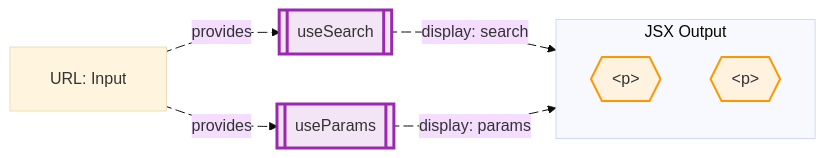
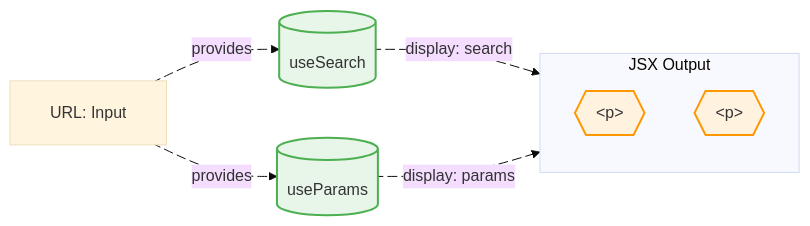
Before and after one commit to shibukawa/web-component-analyzer: the diagram in examples/react-vite/src/components/131-TanStackRouter-SearchParams.mmd, drawn with Mermaid. The commit also changed 51 other files, not shown here.

```diff
--- a/examples/react-vite/src/components/131-TanStackRouter-SearchParams.mmd
+++ b/examples/react-vite/src/components/131-TanStackRouter-SearchParams.mmd
@@ -1,34 +1,34 @@
 %%{init: {'theme': 'base', 'themeVariables': {'fontFamily': 'Comic Sans MS, cursive'}, 'flowchart': {'curve': 'basis', 'padding': 20}}}%%
 flowchart LR
-  library_hook_0[["useSearch"]]
+  library_hook_0[("useSearch")]
   url_input_1["URL: Input"]
-  library_hook_2[["useParams"]]
+  library_hook_2[("useParams")]
   jsx_element_0["p"]
   jsx_element_1["p"]
   subgraph subgraph_0["JSX Output"]
     direction TB
       jsx_element_0@{ shape: hex, label: "&lt;p&gt;" }
       jsx_element_1@{ shape: hex, label: "&lt;p&gt;" }
   end
   url_input_1 eurl_input_1_library_hook_0@-->|"provides"| library_hook_0
   eurl_input_1_library_hook_0@{ animate: true }
   url_input_1 eurl_input_1_library_hook_2@-->|"provides"| library_hook_2
   eurl_input_1_library_hook_2@{ animate: true }
   library_hook_0 elibrary_hook_0_jsx_element_0@-->|"display: search"| jsx_element_0
   elibrary_hook_0_jsx_element_0@{ animate: true }
   library_hook_2 elibrary_hook_2_jsx_element_1@-->|"display: params"| jsx_element_1
   elibrary_hook_2_jsx_element_1@{ animate: true }
 
   %% Styling
   classDef inputProp fill:#E3F2FD,stroke:#2196F3,stroke-width:2px
   classDef outputProp fill:#FFF3E0,stroke:#FF9800,stroke-width:2px
   classDef process fill:#F3E5F5,stroke:#9C27B0,stroke-width:3px
   classDef dataStore fill:#E8F5E9,stroke:#4CAF50,stroke-width:2px
   classDef jsxElement fill:#FFF3E0,stroke:#FF9800,stroke-width:2px
   classDef contextData fill:#E1F5FE,stroke:#0288D1,stroke-width:2px
   classDef contextFunction fill:#FFF9C4,stroke:#F57C00,stroke-width:2px
   classDef exportedHandler fill:#E8F5E9,stroke:#4CAF50,stroke-width:2px
-  class library_hook_0 process
-  class library_hook_2 process
+  class library_hook_0 dataStore
+  class library_hook_2 dataStore
   class jsx_element_0 jsxElement
   class jsx_element_1 jsxElement
```
